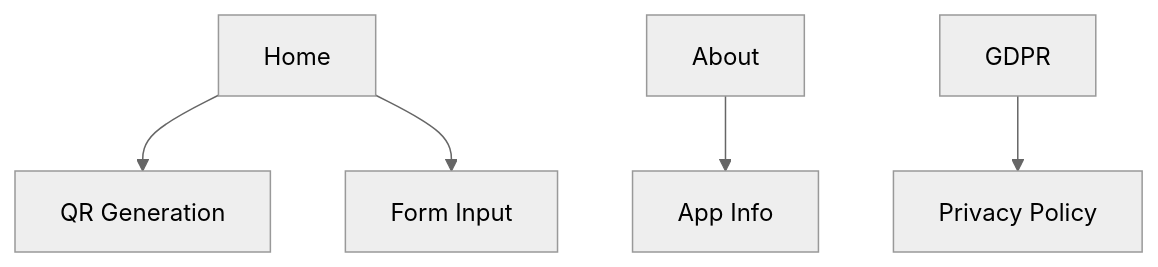
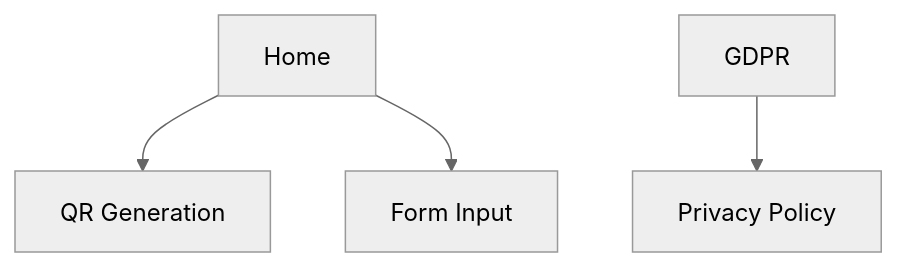
Before and after one commit to xdubois-57/iwanttobe.be-paid: the fifth of 5 diagrams in DESIGN.md, drawn with Mermaid (neutral theme). The commit also changed other lines of this file and 9 other files, not shown here.

````diff
--- a/DESIGN.md
+++ b/DESIGN.md
@@ -143,7 +143,6 @@
 ```mermaid
 graph TD
     H[Home] --> QR[QR Generation]
     H --> F[Form Input]
-    A[About] --> I[App Info]
     G[GDPR] --> P[Privacy Policy]
 ```
````
